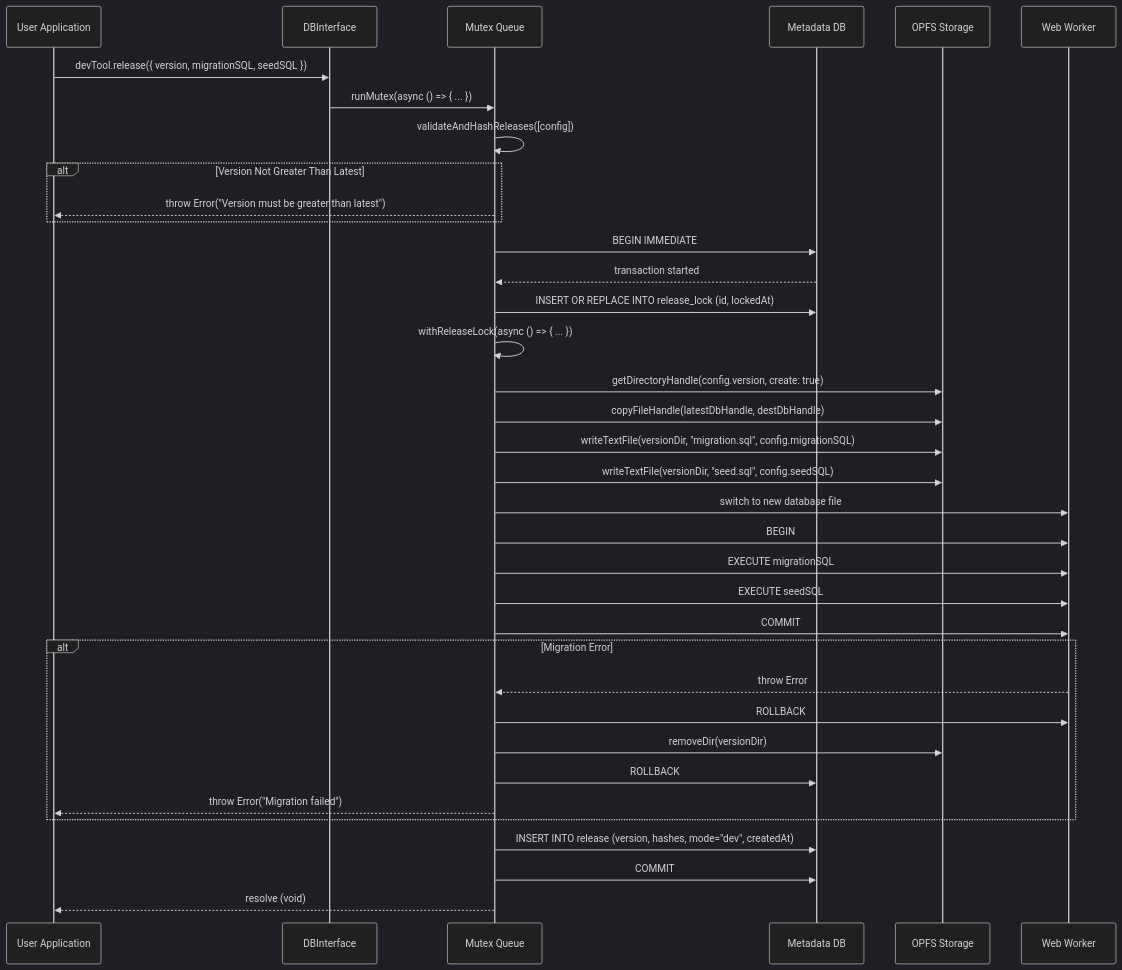
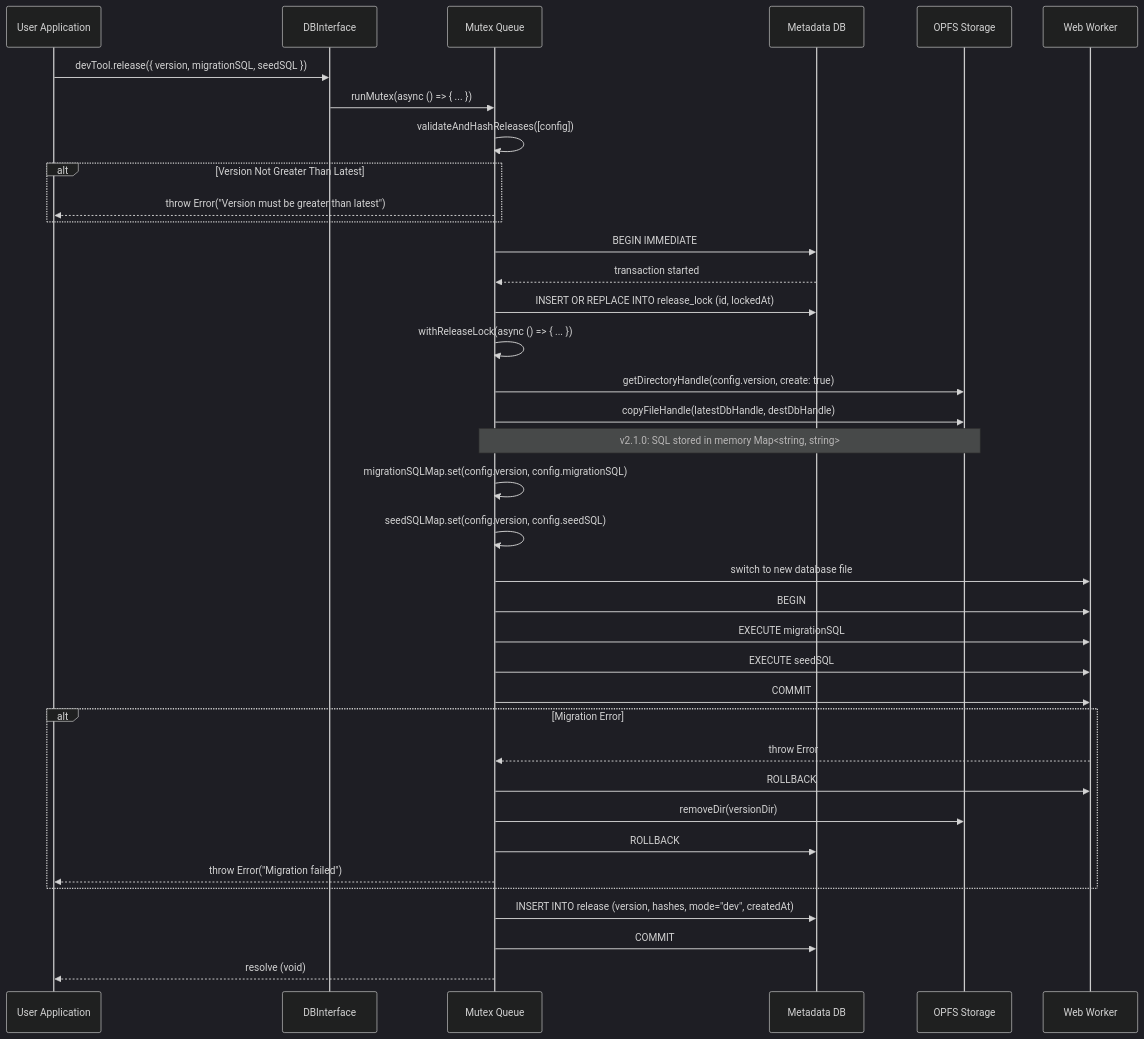
The fourth of 11 diagrams in agent-docs/03-architecture/02-dataflow.md (wuchuheng/web-sqlite-js), drawn with Mermaid (dark theme) before and after one commit. The commit also changed other lines of this file and 19 other files, not shown here.

````diff
--- a/agent-docs/03-architecture/02-dataflow.md
+++ b/agent-docs/03-architecture/02-dataflow.md
@@ -257,46 +258,47 @@
 ```mermaid
 sequenceDiagram
     participant App as User Application
     participant DB as DBInterface
     participant Mutex as Mutex Queue
     participant Meta as Metadata DB
     participant OPFS as OPFS Storage
     participant Worker as Web Worker
 
     App->>DB: devTool.release({ version, migrationSQL, seedSQL })
     DB->>Mutex: runMutex(async () => { ... })
     Mutex->>Mutex: validateAndHashReleases([config])
 
     alt Version Not Greater Than Latest
         Mutex-->>App: throw Error("Version must be greater than latest")
     end
 
     Mutex->>Meta: BEGIN IMMEDIATE
     Meta-->>Mutex: transaction started
 
     Mutex->>Meta: INSERT OR REPLACE INTO release_lock (id, lockedAt)
     Mutex->>Mutex: withReleaseLock(async () => { ... })
 
     Mutex->>OPFS: getDirectoryHandle(config.version, create: true)
     Mutex->>OPFS: copyFileHandle(latestDbHandle, destDbHandle)
-    Mutex->>OPFS: writeTextFile(versionDir, "migration.sql", config.migrationSQL)
-    Mutex->>OPFS: writeTextFile(versionDir, "seed.sql", config.seedSQL)
+    Note over Mutex,OPFS: v2.1.0: SQL stored in memory Map<string, string>
+    Mutex->>Mutex: migrationSQLMap.set(config.version, config.migrationSQL)
+    Mutex->>Mutex: seedSQLMap.set(config.version, config.seedSQL)
 
     Mutex->>Worker: switch to new database file
     Mutex->>Worker: BEGIN
     Mutex->>Worker: EXECUTE migrationSQL
     Mutex->>Worker: EXECUTE seedSQL
     Mutex->>Worker: COMMIT
 
     alt Migration Error
         Worker-->>Mutex: throw Error
         Mutex->>Worker: ROLLBACK
         Mutex->>OPFS: removeDir(versionDir)
         Mutex->>Meta: ROLLBACK
         Mutex-->>App: throw Error("Migration failed")
     end
 
     Mutex->>Meta: INSERT INTO release (version, hashes, mode="dev", createdAt)
     Mutex->>Meta: COMMIT
     Mutex-->>App: resolve (void)
 ```
````
